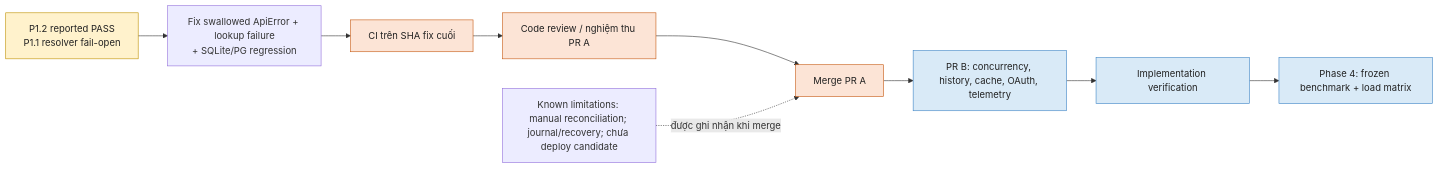
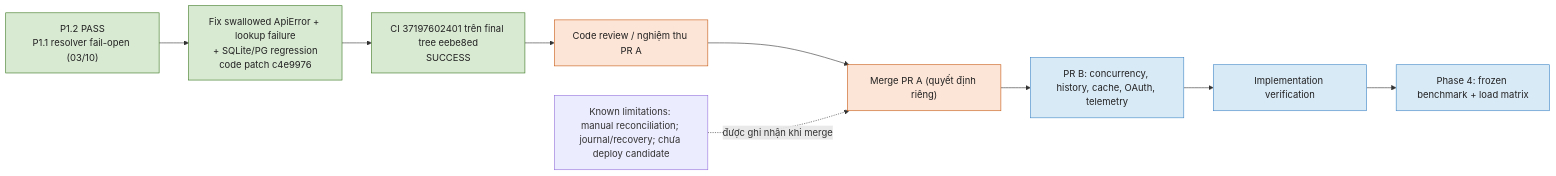
Before and after one commit to tuteemovaixlong/CSKH_ban_le: the first of 2 diagrams in docs/PLAN_EXECUTION_HANDOFF_GPT6_ASTRA.md, drawn with Mermaid. The commit also changed other lines of this file and 6 other files, not shown here.

Commit message:
docs(n08): DOCS-N08-FINAL-SYNC - separate code patch c4e9976 from final tree eebe8ed / CI 37197602401

````diff
--- a/docs/PLAN_EXECUTION_HANDOFF_GPT6_ASTRA.md
+++ b/docs/PLAN_EXECUTION_HANDOFF_GPT6_ASTRA.md
@@ -228,17 +233,17 @@
 ```mermaid
 flowchart LR
-    N08["P1.2 reported PASS<br/>P1.1 resolver fail-open"] --> Fix["Fix swallowed ApiError + lookup failure<br/>+ SQLite/PG regression"]
-    Fix --> SHA["CI trên SHA fix cuối"]
+    N08["P1.2 PASS<br/>P1.1 resolver fail-open (03/10)"] --> Fix["Fix swallowed ApiError + lookup failure<br/>+ SQLite/PG regression<br/>code patch c4e9976"]
+    Fix --> SHA["CI 37197602401 trên final tree eebe8ed<br/>SUCCESS"]
     SHA --> Review["Code review / nghiệm thu PR A"]
-    Review --> Merge["Merge PR A"]
+    Review --> Merge["Merge PR A (quyết định riêng)"]
     Merge --> PRB["PR B: concurrency, history, cache, OAuth, telemetry"]
     PRB --> Verify["Implementation verification"]
     Verify --> Phase4["Phase 4: frozen benchmark + load matrix"]
     Limit["Known limitations: manual reconciliation; journal/recovery; chưa deploy candidate"] -. "được ghi nhận khi merge" .-> Merge
-    classDef reported fill:#fff2cc,stroke:#bf9000,color:#222
+    classDef done fill:#d9ead3,stroke:#38761d,color:#222
     classDef pending fill:#fce4d6,stroke:#c65911,color:#222
     classDef next fill:#d9eaf7,stroke:#3d85c6,color:#222
-    class N08 reported
-    class SHA,Review,Merge pending
+    class N08,Fix,SHA done
+    class Review,Merge pending
     class PRB,Verify,Phase4 next
 ```
````
